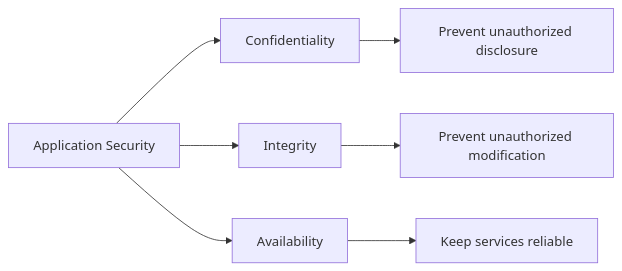
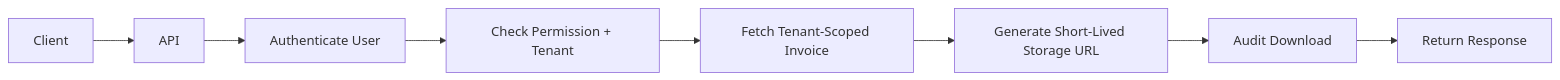
Before and after one commit to AvadhBhalodiya/Interview-Preparation: the second of 3 diagrams in src/content/security/owasp-top-10.md, drawn with Mermaid. The commit also changed other lines of this file and 54 other files, not shown here.

````diff
--- a/src/content/security/owasp-top-10.md
+++ b/src/content/security/owasp-top-10.md
@@ -74,10 +648,10 @@
 ```mermaid
 flowchart LR
-    A[Application Security] --> C[Confidentiality]
-    A --> I[Integrity]
-    A --> V[Availability]
-
-    C --> C1[Prevent unauthorized disclosure]
-    I --> I1[Prevent unauthorized modification]
-    V --> V1[Keep services reliable]
+    C[Client] --> G[API]
+    G --> A[Authenticate User]
+    A --> Z[Check Permission + Tenant]
+    Z --> Q[Fetch Tenant-Scoped Invoice]
+    Q --> S[Generate Short-Lived Storage URL]
+    S --> L[Audit Download]
+    L --> R[Return Response]
 ```
````
